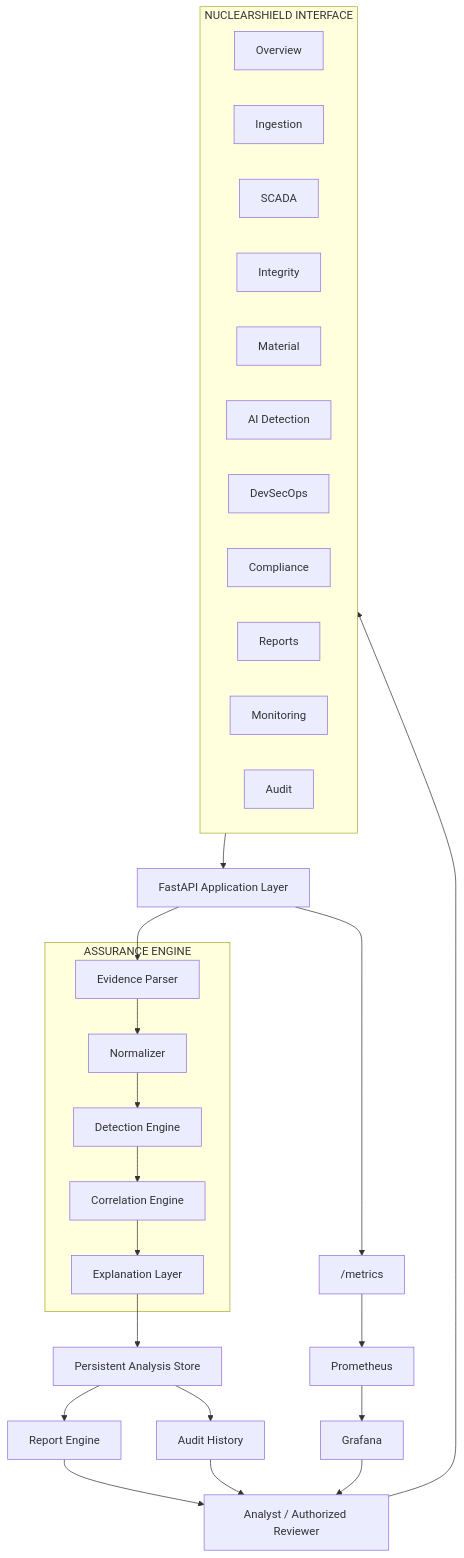
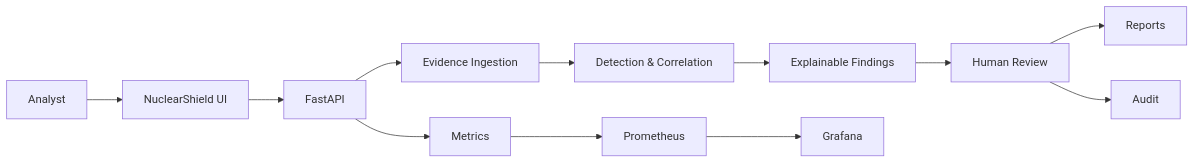
The third of 6 diagrams in README.md (ruveeha33/NuclearShield), drawn with Mermaid before and after one commit. The commit also changed other lines of this file, not shown here.

````diff
--- a/README.md
+++ b/README.md
@@ -202,50 +180,17 @@
 ```mermaid
-flowchart TB
+flowchart LR
+    U["Analyst"] --> UI["NuclearShield UI"]
+    UI --> API["FastAPI"]
 
-    USER["Analyst / Authorized Reviewer"]
+    API --> ING["Evidence Ingestion"]
+    ING --> DET["Detection & Correlation"]
+    DET --> EXP["Explainable Findings"]
 
-    subgraph UI["NUCLEARSHIELD INTERFACE"]
-        DASH["Overview"]
-        ING["Ingestion"]
-        SCADA["SCADA"]
-        INTEGRITYUI["Integrity"]
-        MATERIAL["Material"]
-        AI["AI Detection"]
-        DEV["DevSecOps"]
-        COMP["Compliance"]
-        REP["Reports"]
-        MON["Monitoring"]
-        AUD["Audit"]
-    end
+    EXP --> REV["Human Review"]
+    REV --> REP["Reports"]
+    REV --> AUD["Audit"]
 
-    USER --> UI
-
-    UI --> API["FastAPI Application Layer"]
-
-    subgraph CORE["ASSURANCE ENGINE"]
-        PARSER["Evidence Parser"]
-        NORMALIZER["Normalizer"]
-        ANALYZER["Detection Engine"]
-        CORRELATOR["Correlation Engine"]
-        EXPLAIN["Explanation Layer"]
-    end
-
-    API --> PARSER
-    PARSER --> NORMALIZER
-    NORMALIZER --> ANALYZER
-    ANALYZER --> CORRELATOR
-    CORRELATOR --> EXPLAIN
-
-    EXPLAIN --> STORE["Persistent Analysis Store"]
-    STORE --> REPORTING["Report Engine"]
-    STORE --> AUDITSTORE["Audit History"]
-
-    API --> METRICS["/metrics"]
-
-    METRICS --> PROM["Prometheus"]
-    PROM --> GRAFANA["Grafana"]
-
-    REPORTING --> USER
-    AUDITSTORE --> USER
-    GRAFANA --> USER
+    API --> MET["Metrics"]
+    MET --> PRO["Prometheus"]
+    PRO --> GRA["Grafana"]
 ```
````
